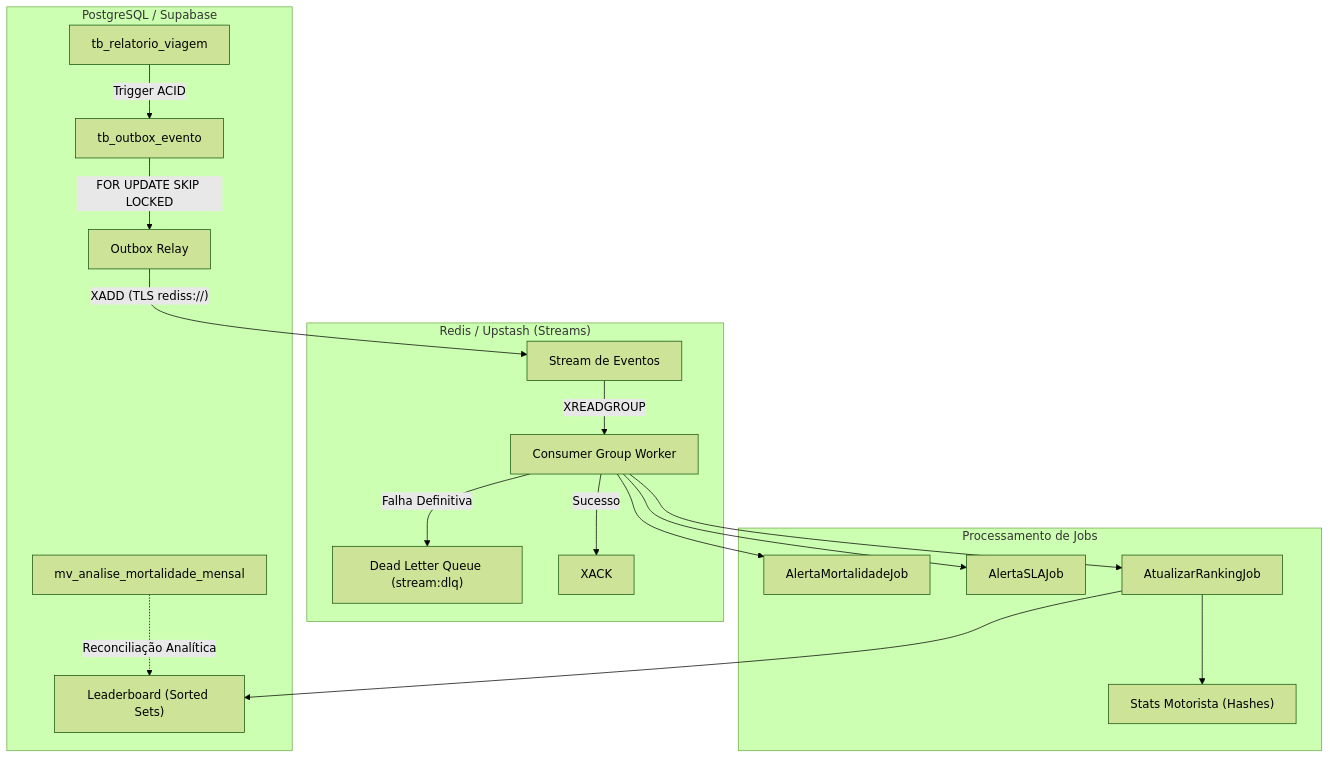
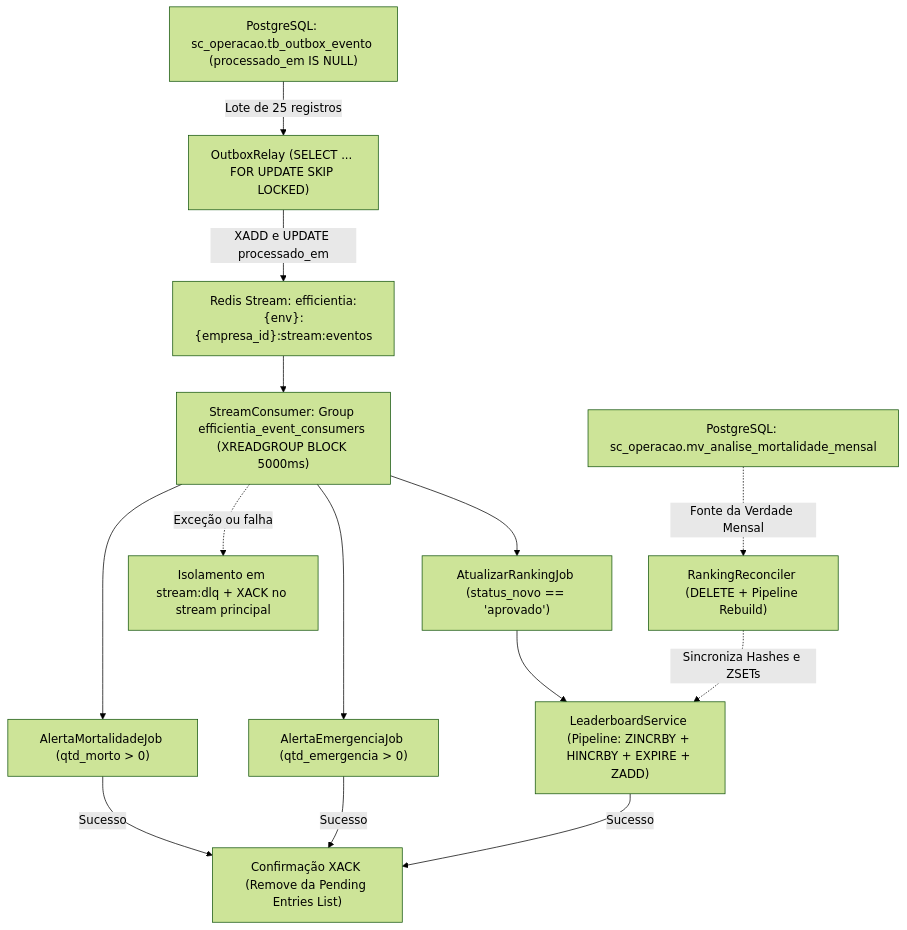
One commit to Efficientia/Efficientia-database changed the third of 3 diagrams in 02_redis/README.md. Above: the diagram before and after it, drawn with Mermaid (forest theme). The commit also changed other lines of this file and 75 other files, not shown here.

````diff
--- a/02_redis/README.md
+++ b/02_redis/README.md
@@ -70,23 +192,28 @@
 ```mermaid
 flowchart TD
-    subgraph PostgreSQL ["PostgreSQL / Supabase"]
-        A["tb_relatorio_viagem"] -->|"Trigger ACID"| B["tb_outbox_evento"]
-        B -->|"FOR UPDATE SKIP LOCKED"| C["Outbox Relay"]
-        M["mv_analise_mortalidade_mensal"] -.->|"Reconciliação Analítica"| R["Leaderboard (Sorted Sets)"]
-    end
+    PG_OUT["PostgreSQL: sc_operacao.tb_outbox_evento (processado_em IS NULL)"]
+    RELAY["OutboxRelay (SELECT ... FOR UPDATE SKIP LOCKED)"]
+    STREAM["Redis Stream: efficientia:{env}:{empresa_id}:stream:eventos"]
+    CG["StreamConsumer: Group efficientia_event_consumers (XREADGROUP BLOCK 5000ms)"]
 
-    subgraph Redis_Streams ["Redis / Upstash (Streams)"]
-        C -->|"XADD (TLS rediss://)"| D["Stream de Eventos"]
-        D -->|"XREADGROUP"| E["Consumer Group Worker"]
-        E -->|"Falha Definitiva"| F["Dead Letter Queue (stream:dlq)"]
-        E -->|"Sucesso"| G["XACK"]
-    end
+    J1["AlertaMortalidadeJob (qtd_morto > 0)"]
+    J2["AlertaEmergenciaJob (qtd_emergencia > 0)"]
+    J3["AtualizarRankingJob (status_novo == 'aprovado')"]
 
-    subgraph Jobs_Processamento ["Processamento de Jobs"]
-        E --> H["AlertaMortalidadeJob"]
-        E --> I["AlertaSLAJob"]
-        E --> J["AtualizarRankingJob"]
-        J --> R
-        J --> S["Stats Motorista (Hashes)"]
-    end
+    ACK["Confirmação XACK (Remove da Pending Entries List)"]
+    DLQ["Isolamento em stream:dlq + XACK no stream principal"]
+
+    LB["LeaderboardService (Pipeline: ZINCRBY + HINCRBY + EXPIRE + ZADD)"]
+    PG_MV["PostgreSQL: sc_operacao.mv_analise_mortalidade_mensal"]
+    REC["RankingReconciler (DELETE + Pipeline Rebuild)"]
+
+    PG_OUT -->|"Lote de 25 registros"| RELAY
+    RELAY -->|"XADD e UPDATE processado_em"| STREAM
+    STREAM --> CG
+    CG --> J1 & J2 & J3
+    J3 --> LB
+    J1 & J2 & LB -->|"Sucesso"| ACK
+    CG -.->|"Exceção ou falha"| DLQ
+    PG_MV -.->|"Fonte da Verdade Mensal"| REC
+    REC -.->|"Sincroniza Hashes e ZSETs"| LB
 ```
````
